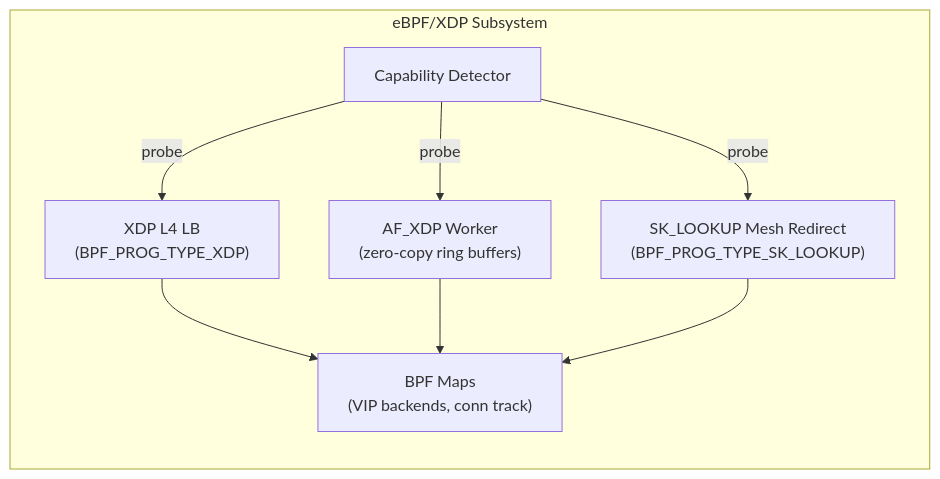
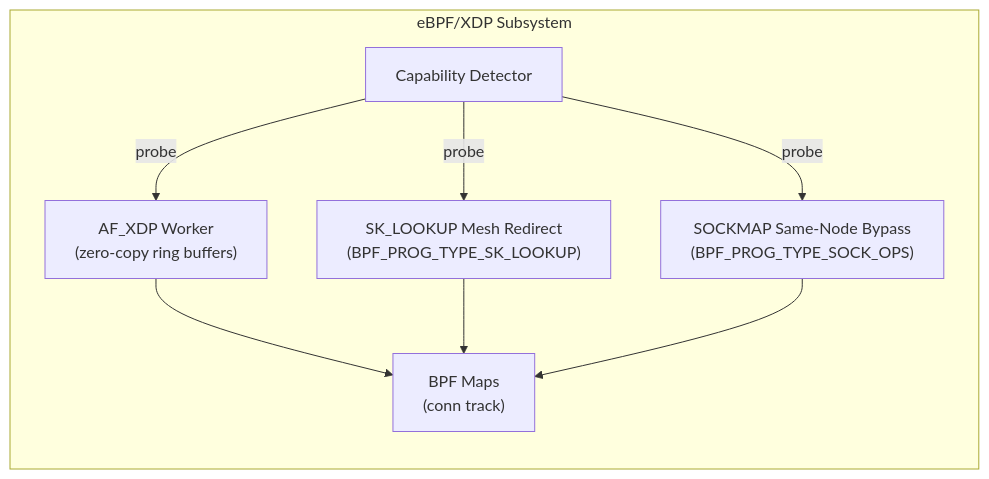
One commit to azrtydxb/novaedge changed diagram 14 of 16 in docs/architecture/components.md. Above: the diagram before and after it, drawn with Mermaid. The commit also changed other lines of this file and 37 other files, not shown here.

````diff
--- a/docs/architecture/components.md
+++ b/docs/architecture/components.md
@@ -439,15 +439,15 @@
 ```mermaid
 flowchart LR
     subgraph eBPFSubsystem["eBPF/XDP Subsystem"]
         CAP["Capability Detector"]
-        XDP["XDP L4 LB<br/>(BPF_PROG_TYPE_XDP)"]
         AFXDP["AF_XDP Worker<br/>(zero-copy ring buffers)"]
         SKLOOKUP["SK_LOOKUP Mesh Redirect<br/>(BPF_PROG_TYPE_SK_LOOKUP)"]
-        MAPS["BPF Maps<br/>(VIP backends, conn track)"]
+        SOCKMAP["SOCKMAP Same-Node Bypass<br/>(BPF_PROG_TYPE_SOCK_OPS)"]
+        MAPS["BPF Maps<br/>(conn track)"]
     end
 
-    CAP -->|"probe"| XDP & AFXDP & SKLOOKUP
-    XDP --> MAPS
+    CAP -->|"probe"| AFXDP & SKLOOKUP & SOCKMAP
     AFXDP --> MAPS
     SKLOOKUP --> MAPS
+    SOCKMAP --> MAPS
 ```
````
